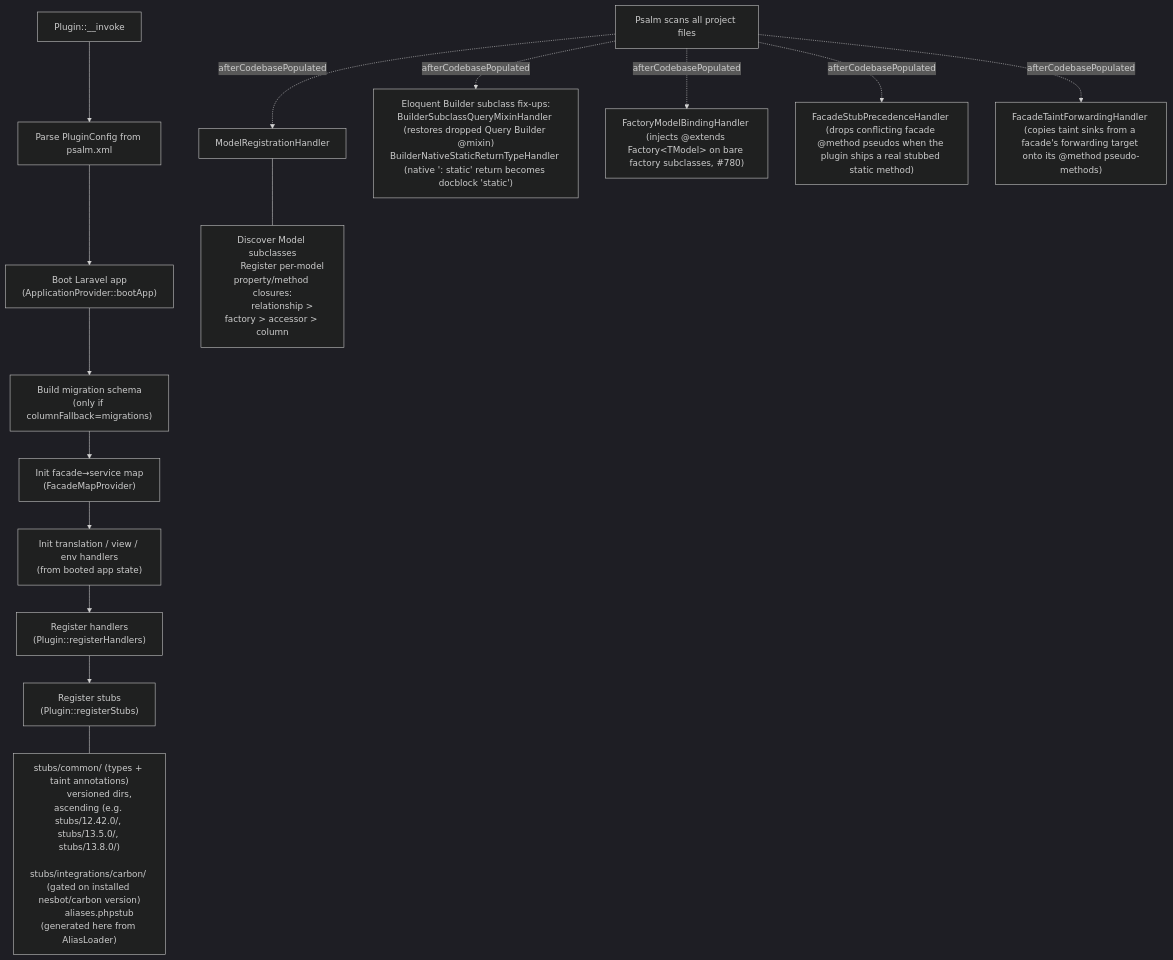
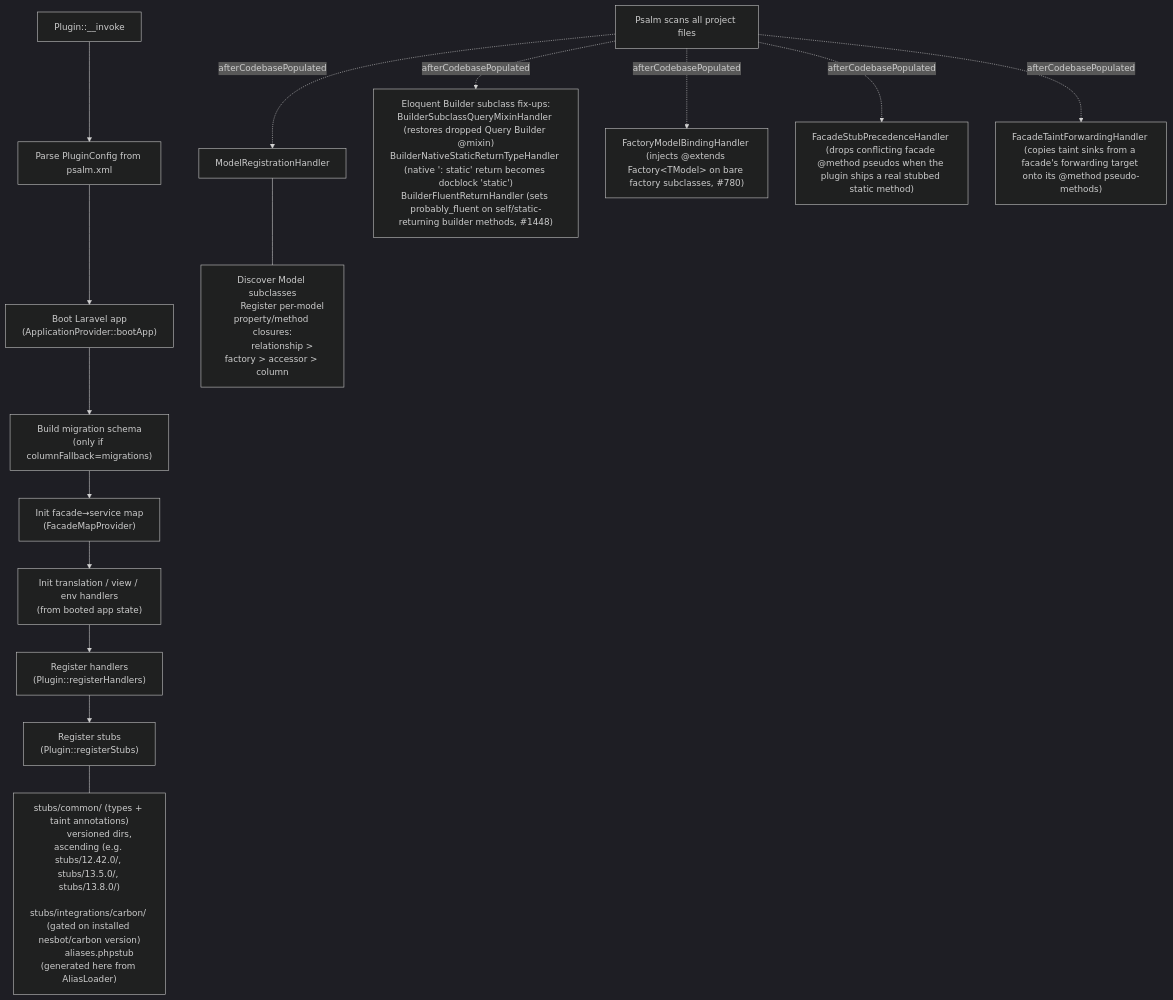
The first of 2 diagrams in docs/contributing/README.md (psalm/psalm-plugin-laravel), drawn with Mermaid (dark theme) before and after one commit. The commit also changed 1 other file, not shown here.

Commit message:
fix(eloquent): correct docblock-static test line + document handler
The publishedStaticDocblock() assertion pointed at the function
declaration line (28), which Psalm never reports on for a docblock-only
return type; the false positive actually lands on the @return static
docblock line (26), so the assertion had no teeth. Also add
BuilderFluentReturnHandler to the afterCodebasePopulated builder
fix-ups list in docs/contributing/README.md, which enumerates these
handlers by name.

Closes #1448

Claude-Session: https://claude.ai/code/session_01JW6hAV71QqW6Q6uT6KHjMy

````diff
--- a/docs/contributing/README.md
+++ b/docs/contributing/README.md
@@ -19,28 +19,28 @@
 ```mermaid
 flowchart TD
     A["Plugin::__invoke"] --> B["Parse PluginConfig from psalm.xml"]
     B --> C["Boot Laravel app\n(ApplicationProvider::bootApp)"]
     C --> D["Build migration schema\n(only if columnFallback=migrations)"]
     D --> E["Init facade→service map\n(FacadeMapProvider)"]
     E --> F["Init translation / view / env handlers\n(from booted app state)"]
     F --> G["Register handlers\n(Plugin::registerHandlers)"]
     G --> H["Register stubs\n(Plugin::registerStubs)"]
 
     H --- stubs["
         stubs/common/ (types + taint annotations)
         versioned dirs, ascending (e.g. stubs/12.42.0/, stubs/13.5.0/, stubs/13.8.0/)
         stubs/integrations/carbon/ (gated on installed nesbot/carbon version)
         aliases.phpstub (generated here from AliasLoader)
     "]
 
     I["Psalm scans all project files"] -.->|afterCodebasePopulated| J["ModelRegistrationHandler"]
-    I -.->|afterCodebasePopulated| K["Eloquent Builder subclass fix-ups:\nBuilderSubclassQueryMixinHandler (restores dropped Query Builder @mixin)\nBuilderNativeStaticReturnTypeHandler (native ': static' return becomes docblock 'static')"]
+    I -.->|afterCodebasePopulated| K["Eloquent Builder subclass fix-ups:\nBuilderSubclassQueryMixinHandler (restores dropped Query Builder @mixin)\nBuilderNativeStaticReturnTypeHandler (native ': static' return becomes docblock 'static')\nBuilderFluentReturnHandler (sets probably_fluent on self/static-returning builder methods, #1448)"]
     I -.->|afterCodebasePopulated| FMB["FactoryModelBindingHandler (injects @extends Factory&lt;TModel&gt; on bare factory subclasses, #780)"]
     I -.->|afterCodebasePopulated| FSP["FacadeStubPrecedenceHandler (drops conflicting facade @method pseudos when the plugin ships a real stubbed static method)"]
     I -.->|afterCodebasePopulated| FTF["FacadeTaintForwardingHandler (copies taint sinks from a facade's forwarding target onto its @method pseudo-methods)"]
     J --- models["
         Discover Model subclasses
         Register per-model property/method closures:
         relationship > factory > accessor > column
     "]
 ```
````
